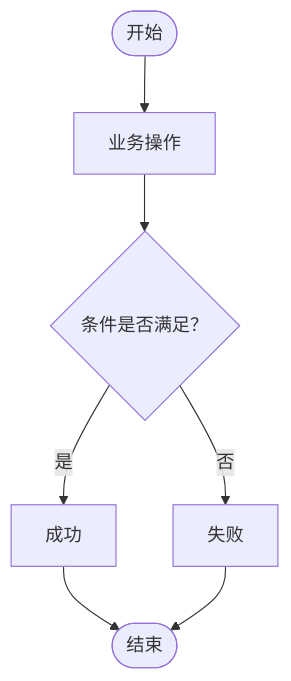
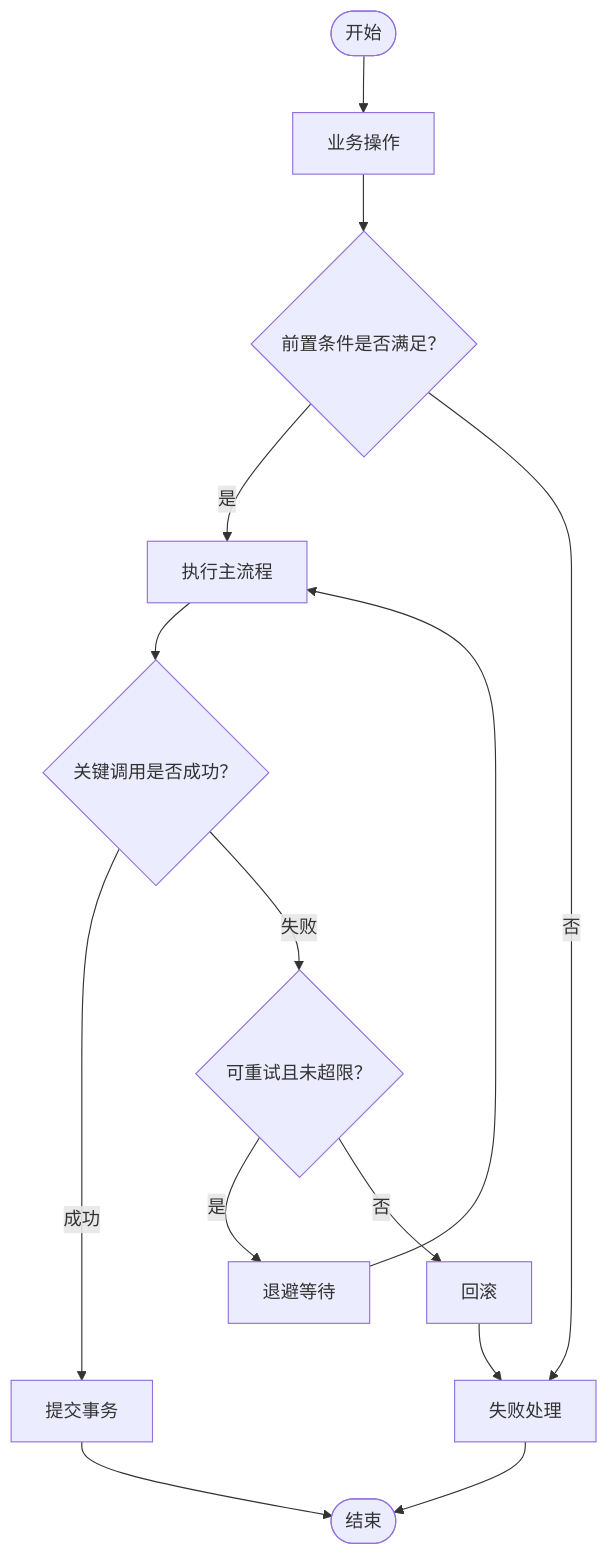
The diagram in templates/flowchart.mmd (delong6/software-architecture-intelligence), drawn with Mermaid before and after one commit. The commit also changed 20 other files, not shown here.

```diff
--- a/templates/flowchart.mmd
+++ b/templates/flowchart.mmd
@@ -1,14 +1,12 @@
 flowchart TD
-    START([开始])
-    ACTION[业务操作]
-    CHECK{条件是否满足？}
-    SUCCESS[成功]
-    FAILURE[失败]
-    END([结束])
-
-    START --> ACTION
-    ACTION --> CHECK
-    CHECK -->|是| SUCCESS
-    CHECK -->|否| FAILURE
-    SUCCESS --> END
-    FAILURE --> END
+    START([开始]) --> ACTION[业务操作]
+    ACTION --> CHECK{前置条件是否满足？}
+    CHECK -->|是| MAIN[执行主流程]
+    CHECK -->|否| FAIL[失败处理]
+    MAIN --> CALL{关键调用是否成功？}
+    CALL -->|成功| COMMIT[提交事务]
+    CALL -->|失败| RT{可重试且未超限？}
+    RT -->|是| WAIT[退避等待] --> MAIN
+    RT -->|否| ROLLBACK[回滚] --> FAIL
+    COMMIT --> DONE([结束])
+    FAIL --> DONE
```
